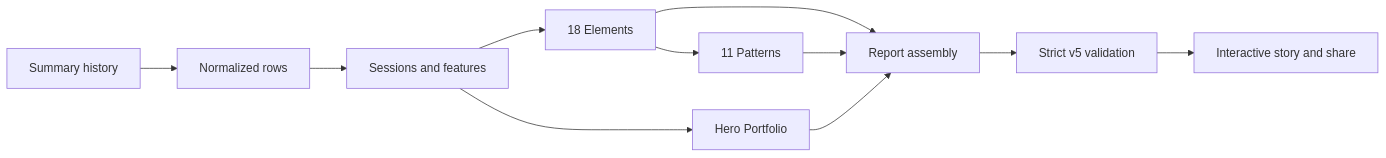
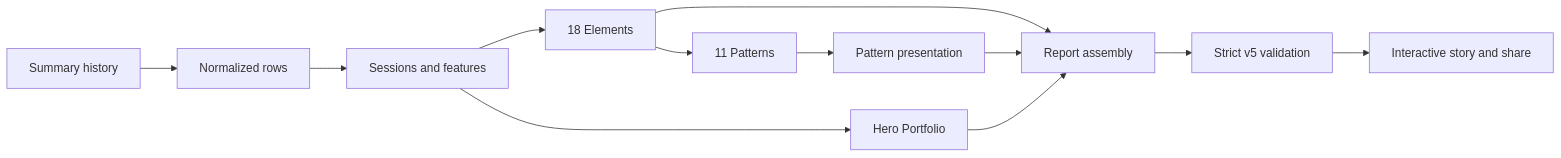
One commit to harunaka-manifesto/dota-report-card changed the diagram in ARCHITECTURE.md. Above: the diagram before and after it, drawn with Mermaid. The commit also changed other lines of this file and 92 other files, not shown here.

```diff
--- a/ARCHITECTURE.md
+++ b/ARCHITECTURE.md
@@ -3,13 +3,14 @@
 ~~~mermaid
 flowchart LR
     S[Summary history] --> N[Normalized rows]
     N --> F[Sessions and features]
     F --> E[18 Elements]
     E --> P[11 Patterns]
     F --> H[Hero Portfolio]
     E --> R[Report assembly]
-    P --> R
+    P --> PP[Pattern presentation]
+    PP --> R
     H --> R
     R --> V[Strict v5 validation]
     V --> W[Interactive story and share]
 ~~~
```
